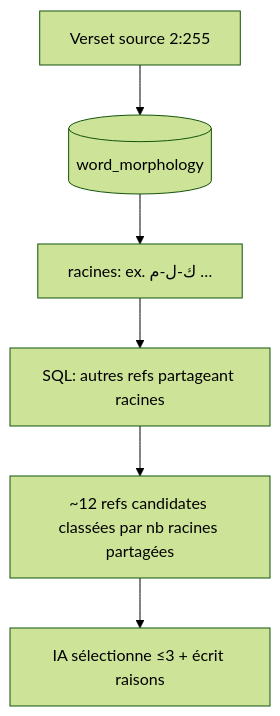
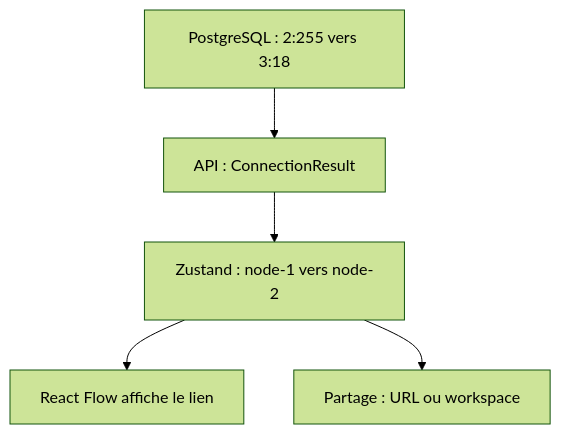
The fifth of 5 diagrams in openhikmah-web/onboarding-fr-a2/phase-2-domain-primer.md (radhtkamal/radhtkamal), drawn with Mermaid (forest theme) before and after one commit. The commit also changed other lines of this file and 1 other file, not shown here.

````diff
--- a/openhikmah-web/onboarding-fr-a2/phase-2-domain-primer.md
+++ b/openhikmah-web/onboarding-fr-a2/phase-2-domain-primer.md
@@ -177,9 +708,13 @@
 ```mermaid
 flowchart TB
-  SRC["Verset source 2:255"]
-  SRC --> WM[(word_morphology)]
-  WM --> R1["racines: ex. ك-ل-م …"]
-  R1 --> SQL["SQL: autres refs partageant racines"]
-  SQL --> CAND["~12 refs candidates classées par nb racines partagées"]
-  CAND --> AI["IA sélectionne ≤3 + écrit raisons"]
+  A["PostgreSQL : 2:255 vers 3:18"]
+  B["API : ConnectionResult"]
+  C["Zustand : node-1 vers node-2"]
+  D["React Flow affiche le lien"]
+  E["Partage : URL ou workspace"]
+
+  A --> B
+  B --> C
+  C --> D
+  C --> E
 ```
````
